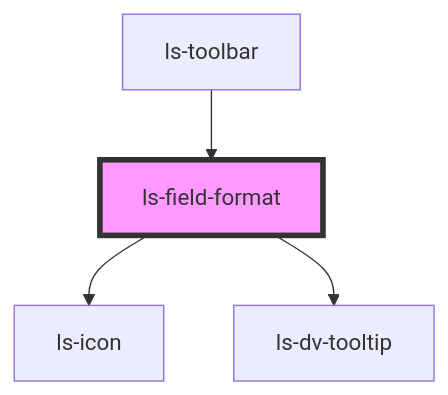
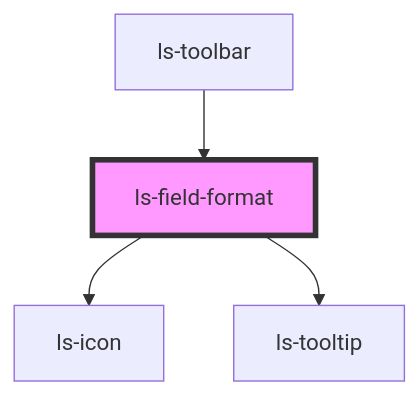
Before and after one commit to legalesign/ls-document-viewer: the diagram in src/components/ls-field-format/readme.md, drawn with Mermaid. The commit also changed other lines of this file and 52 other files, not shown here.

````diff
--- a/src/components/ls-field-format/readme.md
+++ b/src/components/ls-field-format/readme.md
@@ -34,7 +34,7 @@
 ```mermaid
 graph TD;
   ls-field-format --> ls-icon
-  ls-field-format --> ls-dv-tooltip
+  ls-field-format --> ls-tooltip
   ls-toolbar --> ls-field-format
   style ls-field-format fill:#f9f,stroke:#333,stroke-width:4px
 ```
````
